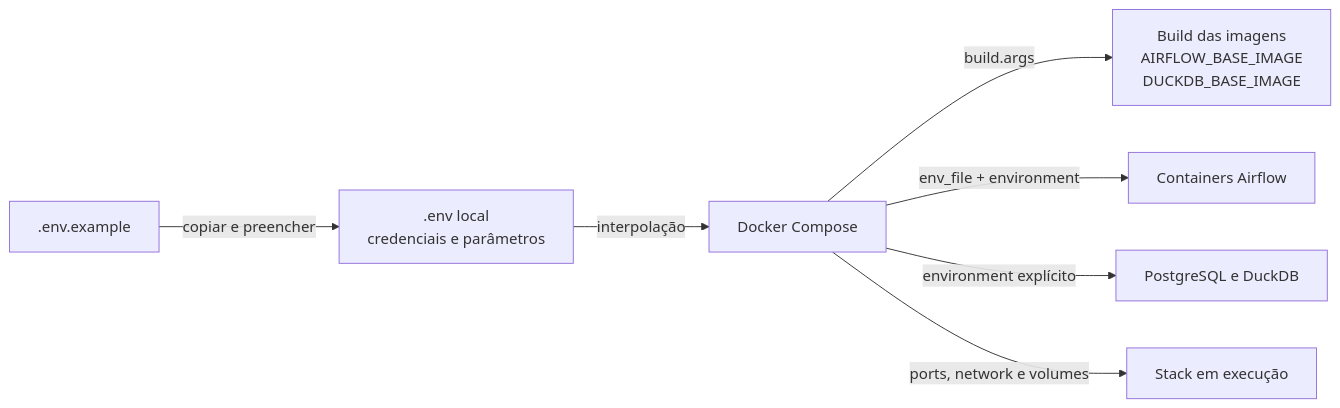
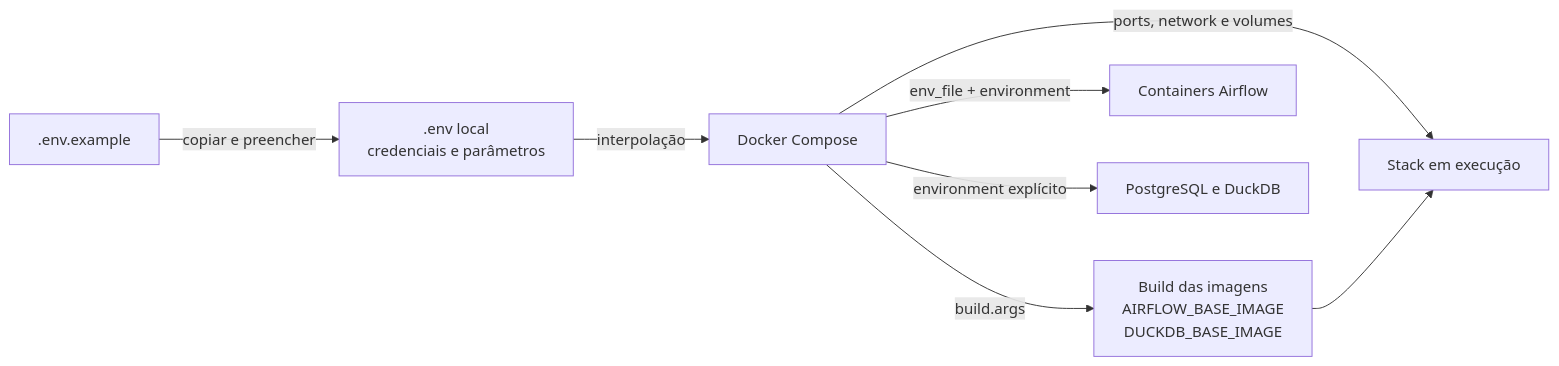
The second of 2 diagrams in B3-Pipelines/docs/infraestrutura.md (BiellBatista/Python.DataEngineering), drawn with Mermaid before and after one commit. The commit also changed other lines of this file and 2 other files, not shown here.

````diff
--- a/B3-Pipelines/docs/infraestrutura.md
+++ b/B3-Pipelines/docs/infraestrutura.md
@@ -113,9 +135,10 @@
 ```mermaid
 flowchart LR
     Example[".env.example"] -->|"copiar e preencher"| Env[".env local<br/>credenciais e parâmetros"]
     Env -->|"interpolação"| Compose["Docker Compose"]
     Compose -->|"build.args"| Images["Build das imagens<br/>AIRFLOW_BASE_IMAGE<br/>DUCKDB_BASE_IMAGE"]
     Compose -->|"env_file + environment"| Airflow["Containers Airflow"]
     Compose -->|"environment explícito"| DataServices["PostgreSQL e DuckDB"]
     Compose -->|"ports, network e volumes"| Runtime["Stack em execução"]
+    Images --> Runtime
 ```
````
